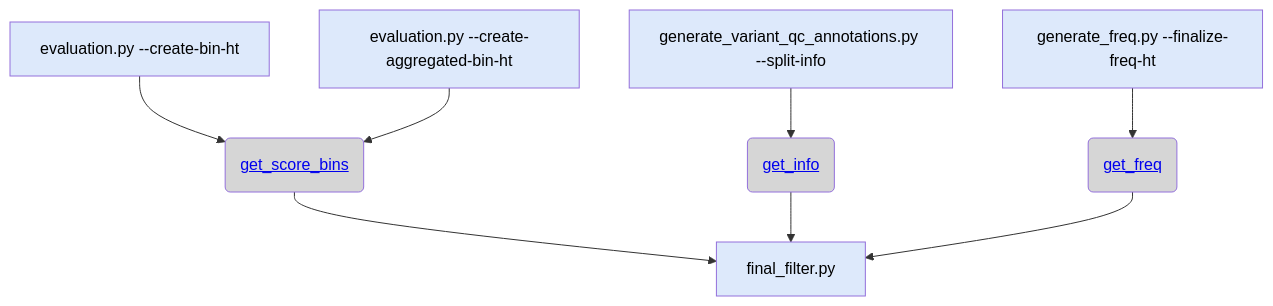
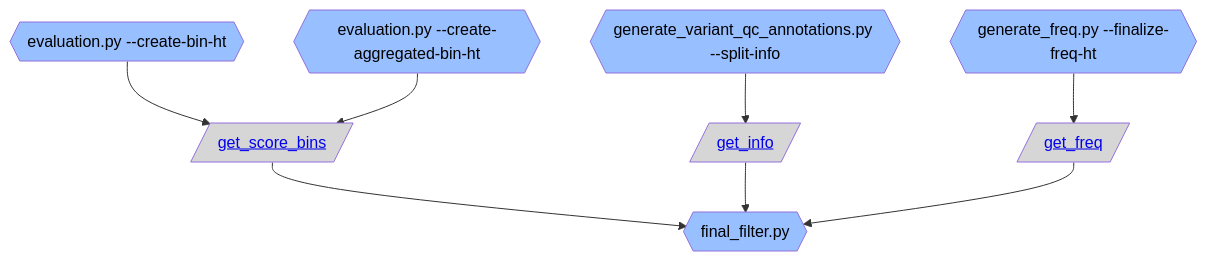
One commit to broadinstitute/gnomad_qc changed the fourth of 5 diagrams in gnomad_qc/v4/variant_qc/README.md. Above: the diagram before and after it, drawn with Mermaid. The commit also changed other lines of this file and 4 other files, not shown here.

````diff
--- a/gnomad_qc/v4/variant_qc/README.md
+++ b/gnomad_qc/v4/variant_qc/README.md
@@ -152,26 +152,26 @@
 ```mermaid
 flowchart TB;
   classDef script_color fill:#2C5D4A,color:#000000
-  classDef step_color fill:#DDE9FB,color:#000000
+  classDef step_color fill:#98BFFF,color:#000000
   classDef func_color fill:#E0D5E6,color:#000000
   classDef gnomad_methods_color fill:#F9F2CE,color:#000000
   classDef hail_color fill:#FAEACE,color:#000000
   classDef resource_color fill:#D6D6D6,color:#000000
   classDef validity_check_color fill:#2C5D4A,color:#000000
 
-  step_create_bin_ht["evaluation.py --create-bin-ht"]:::step_color;
-  resource_get_score_bins("<a href='https://github.com/broadinstitute/gnomad_qc/tree/main/gnomad_qc/v4/resources/variant_qc.py#L156'>get_score_bins</a>"):::resource_color;
-  step_final_filter.py["final_filter.py"]:::step_color;
-  step_create_aggregated_bin_ht["evaluation.py --create-aggregated-bin-ht"]:::step_color;
-  step_split_info["generate_variant_qc_annotations.py --split-info"]:::step_color;
-  resource_get_info("<a href='https://github.com/broadinstitute/gnomad_qc/tree/main/gnomad_qc/v4/resources/annotations.py#L47'>get_info</a>"):::resource_color;
-  step_finalize_freq_ht["generate_freq.py --finalize-freq-ht"]:::step_color;
-  resource_get_freq("<a href='https://github.com/broadinstitute/gnomad_qc/tree/main/gnomad_qc/v4/resources/annotations.py#L284'>get_freq</a>"):::resource_color;
+  step_create_bin_ht{{"evaluation.py --create-bin-ht"}}:::step_color;
+  resource_get_score_bins[/"<a href='https://github.com/broadinstitute/gnomad_qc/tree/main/gnomad_qc/v4/resources/variant_qc.py#L156'>get_score_bins</a>"/]:::resource_color;
+  step_final_filter.py{{"final_filter.py"}}:::step_color;
+  step_create_aggregated_bin_ht{{"evaluation.py --create-aggregated-bin-ht"}}:::step_color;
+  step_split_info{{"generate_variant_qc_annotations.py --split-info"}}:::step_color;
+  resource_get_info[/"<a href='https://github.com/broadinstitute/gnomad_qc/tree/main/gnomad_qc/v4/resources/annotations.py#L47'>get_info</a>"/]:::resource_color;
+  step_finalize_freq_ht{{"generate_freq.py --finalize-freq-ht"}}:::step_color;
+  resource_get_freq[/"<a href='https://github.com/broadinstitute/gnomad_qc/tree/main/gnomad_qc/v4/resources/annotations.py#L284'>get_freq</a>"/]:::resource_color;
   step_create_bin_ht --> resource_get_score_bins;
   resource_get_score_bins --> step_final_filter.py;
   step_create_aggregated_bin_ht --> resource_get_score_bins;
   step_split_info --> resource_get_info;
   resource_get_info --> step_final_filter.py;
   step_finalize_freq_ht --> resource_get_freq;
   resource_get_freq --> step_final_filter.py;
 ```
````
